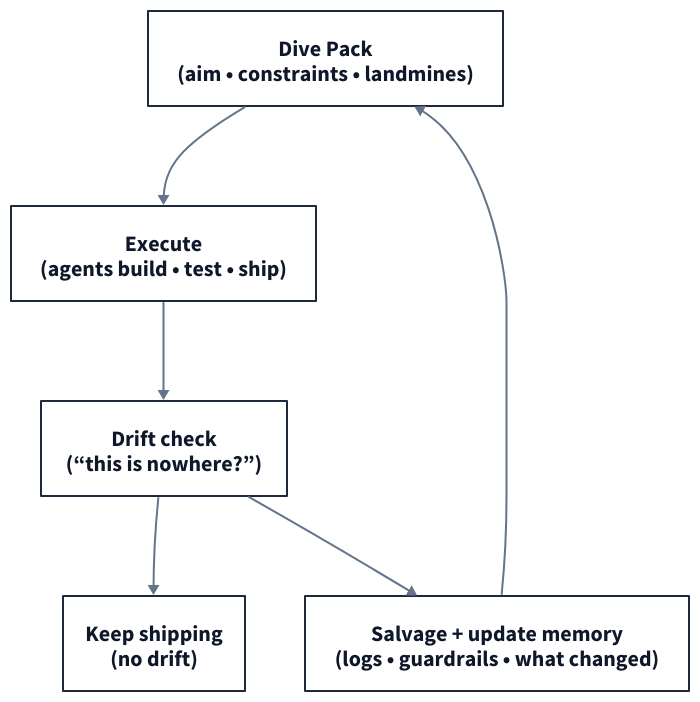
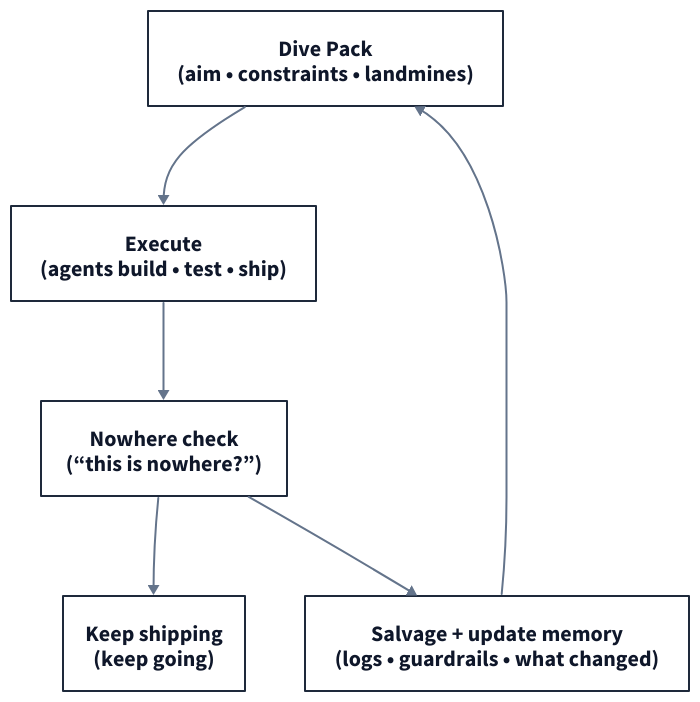
Before and after one commit to muness/muness.github.io: the diagram in viz/taming-chaos-dragon-loop.d2, drawn with D2. The commit also changed 6 other files, not shown here.

Commit message:
Replace 'drift' with 'going nowhere'

```diff
--- a/viz/taming-chaos-dragon-loop.d2
+++ b/viz/taming-chaos-dragon-loop.d2
@@ -1,69 +1,67 @@
 direction: down
 
 vars: {
   stroke: "#1E293B"
   accent: "#64748B"
   text: "#0F172A"
 }
 
 classes: {
   box: {
     style: {
       stroke: ${stroke}
       stroke-width: 2
       font-color: ${text}
       font-size: 22
       bold: true
       fill: "#FFFFFF"
     }
   }
   edge: {
     style: {
       stroke: ${accent}
       stroke-width: 2
       font-color: ${accent}
       font-size: 16
       bold: false
     }
   }
 }
 
 dive_pack: {
   class: box
   label: "Dive Pack\n(aim • constraints • landmines)"
 }
 
 execute: {
   class: box
   label: "Execute\n(agents build • test • ship)"
 }
 
 drift_check: {
   class: box
-  label: "Drift check\n(“this is nowhere?”)"
+  label: "Nowhere check\n(“this is nowhere?”)"
 }
 
 salvage: {
   class: box
   label: "Salvage + update memory\n(logs • guardrails • what changed)"
 }
 
 continue: {
   class: box
-  label: "Keep shipping\n(no drift)"
+  label: "Keep shipping\n(keep going)"
 }
 
 dive_pack -> execute: {class: edge}
 execute -> drift_check: {class: edge}
 
 drift_check -> continue: {
   class: edge
 }
 
-drift_check -> salvage: {
-  class: edge
-}
+drift_check -> salvage: {class: edge}
 
 salvage -> dive_pack: {
   class: edge
 }
```
